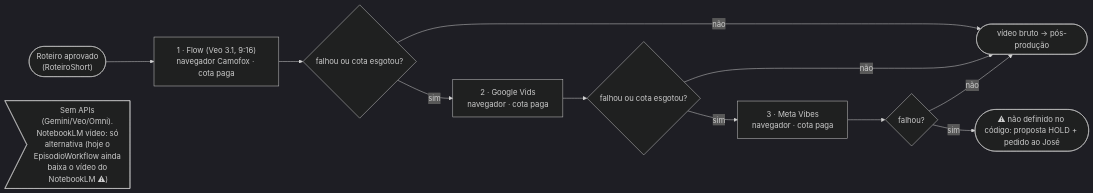
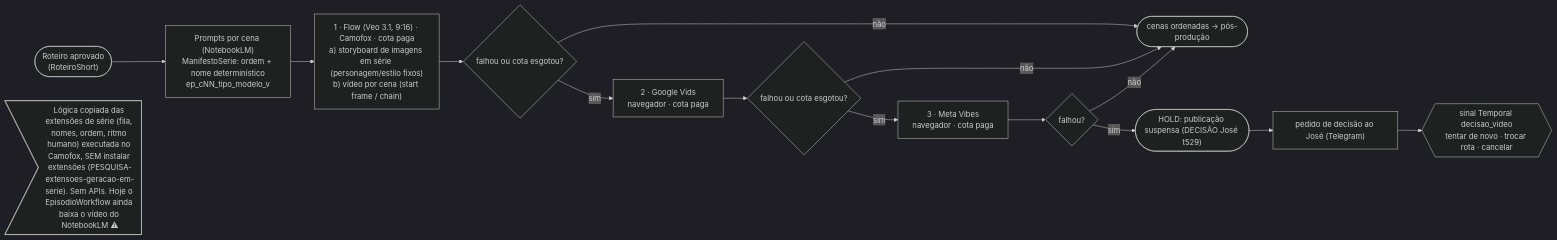
The diagram in docs/mapa/07-cadeia-video.mmd (jvmendesjr/PQBR), drawn with Mermaid (dark theme) before and after one commit. The commit also changed 8 other files, not shown here.

Commit message:
t529: decisão HOLD na cadeia de vídeo, pesquisa extensões de geração em série, ROADMAP 4V, LACUNAS, mapas 07/01

```diff
--- a/docs/mapa/07-cadeia-video.mmd
+++ b/docs/mapa/07-cadeia-video.mmd
@@ -1,13 +1,16 @@
-%% Cadeia de vídeo (t517; config/motores.json, src/pqbr/motores). Decisão registrada; adaptadores ainda NÃO extraídos (F1-03).
+%% Cadeia de vídeo (t517 + t529; config/motores.json, src/pqbr/motores). Decisões registradas; adaptadores ainda NÃO extraídos (ROADMAP Fase 4V).
 flowchart LR
-  P(["Roteiro aprovado<br/>(RoteiroShort)"]) --> F["1 · Flow (Veo 3.1, 9:16)<br/>navegador Camofox · cota paga"]
+  P(["Roteiro aprovado<br/>(RoteiroShort)"]) --> SB["Prompts por cena (NotebookLM)<br/>ManifestoSerie: ordem + nome determinístico<br/>ep_cNN_tipo_modelo_v"]
+  SB --> F["1 · Flow (Veo 3.1, 9:16) · Camofox · cota paga<br/>a) storyboard de imagens em série (personagem/estilo fixos)<br/>b) vídeo por cena (start frame / chain)"]
   F --> D1{"falhou ou cota esgotou?"}
-  D1 -- não --> OK(["vídeo bruto → pós-produção"])
+  D1 -- não --> OK(["cenas ordenadas → pós-produção"])
   D1 -- sim --> V["2 · Google Vids<br/>navegador · cota paga"]
   V --> D2{"falhou ou cota esgotou?"}
   D2 -- não --> OK
   D2 -- sim --> MV["3 · Meta Vibes<br/>navegador · cota paga"]
   MV --> D3{"falhou?"}
   D3 -- não --> OK
-  D3 -- sim --> H(["⚠ não definido no código: proposta HOLD + pedido ao José"])
-  N>"Sem APIs (Gemini/Veo/Omni). NotebookLM vídeo: só alternativa (hoje o EpisodioWorkflow ainda baixa o vídeo do NotebookLM ⚠)"]
+  D3 -- sim --> H(["HOLD: publicação suspensa (DECISÃO José t529)"])
+  H --> TG["pedido de decisão ao José (Telegram)"]
+  TG --> SG{{"sinal Temporal decisao_video<br/>tentar de novo · trocar rota · cancelar"}}
+  N>"Lógica copiada das extensões de série (fila, nomes, ordem, ritmo humano) executada no Camofox, SEM instalar extensões (PESQUISA-extensoes-geracao-em-serie). Sem APIs. Hoje o EpisodioWorkflow ainda baixa o vídeo do NotebookLM ⚠"]
```
